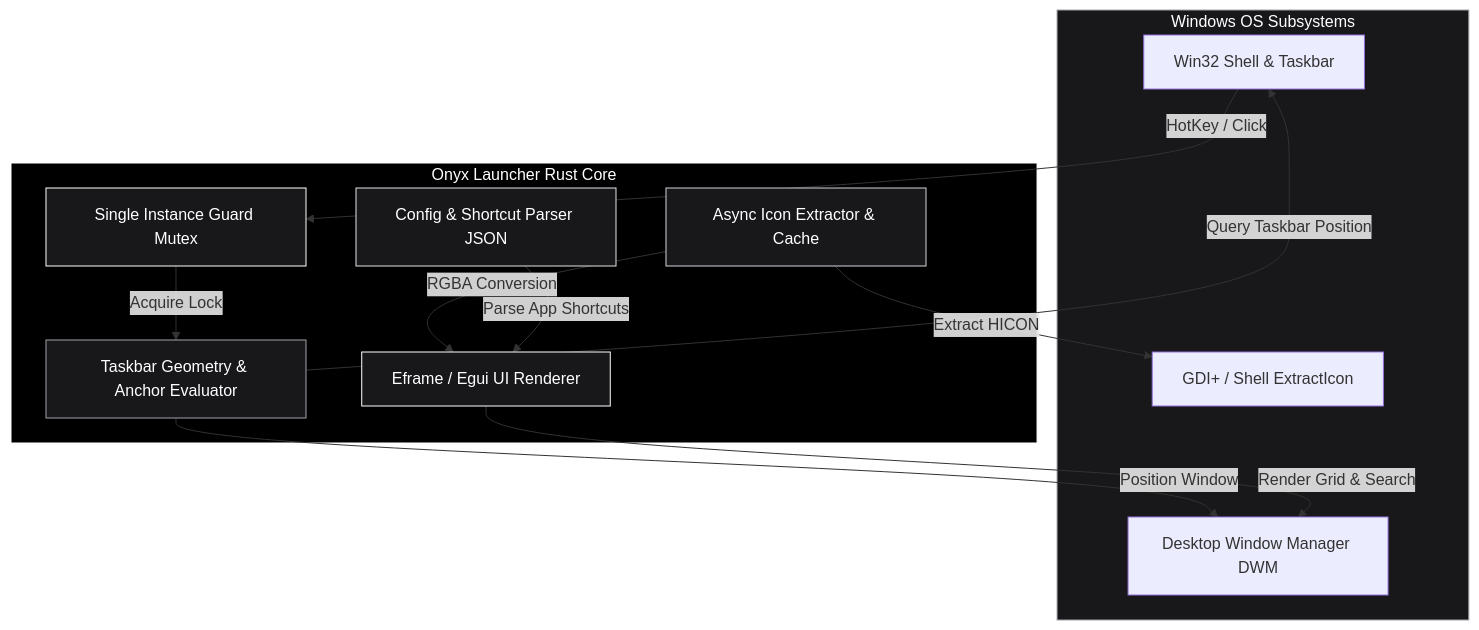
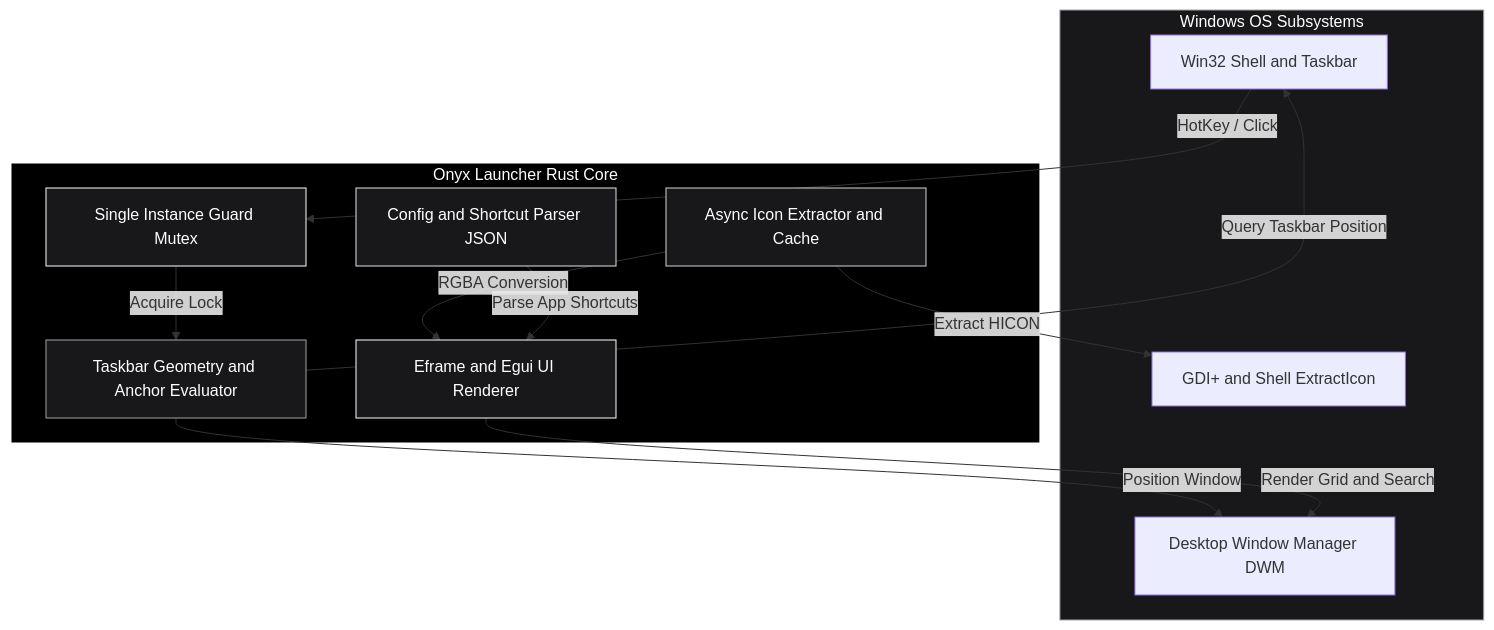
Before and after one commit to siddarth1872004/onyx-launcher: the first of 2 diagrams in README.md, drawn with Mermaid.

Commit message:
fix: quote Mermaid node labels to fix GitHub diagram rendering

````diff
--- a/README.md
+++ b/README.md
@@ -9,33 +9,33 @@
 ```mermaid
 graph TB
     subgraph WIN32["Windows OS Subsystems"]
-        SHELL[Win32 Shell & Taskbar]
-        DWM[Desktop Window Manager DWM]
-        GDI[GDI+ / Shell ExtractIcon]
+        SHELL["Win32 Shell and Taskbar"]
+        DWM["Desktop Window Manager DWM"]
+        GDI["GDI+ and Shell ExtractIcon"]
     end
 
     subgraph ONYX["Onyx Launcher Rust Core"]
-        SINGLE[Single Instance Guard Mutex]
-        CFG[Config & Shortcut Parser JSON]
-        ICON[Async Icon Extractor & Cache]
-        GUI[Eframe / Egui UI Renderer]
-        GEOM[Taskbar Geometry & Anchor Evaluator]
+        SINGLE["Single Instance Guard Mutex"]
+        CFG["Config and Shortcut Parser JSON"]
+        ICON["Async Icon Extractor and Cache"]
+        GUI["Eframe and Egui UI Renderer"]
+        GEOM["Taskbar Geometry and Anchor Evaluator"]
     end
 
     SHELL -->|HotKey / Click| SINGLE
     SINGLE -->|Acquire Lock| GEOM
     GEOM -->|Query Taskbar Position| SHELL
     GEOM -->|Position Window| DWM
     ICON -->|Extract HICON| GDI
     ICON -->|RGBA Conversion| GUI
     CFG -->|Parse App Shortcuts| GUI
-    GUI -->|Render Grid & Search| DWM
+    GUI -->|Render Grid and Search| DWM
 
     style WIN32 fill:#18181b,stroke:#a1a1aa,color:#fff
     style ONYX fill:#000000,stroke:#ffffff,color:#fff
     style SINGLE fill:#18181b,stroke:#ffffff,color:#fff
     style CFG fill:#18181b,stroke:#e4e4e7,color:#fff
     style ICON fill:#18181b,stroke:#d4d4d8,color:#fff
     style GUI fill:#18181b,stroke:#ffffff,color:#fff
     style GEOM fill:#18181b,stroke:#a1a1aa,color:#fff
 ```
````
